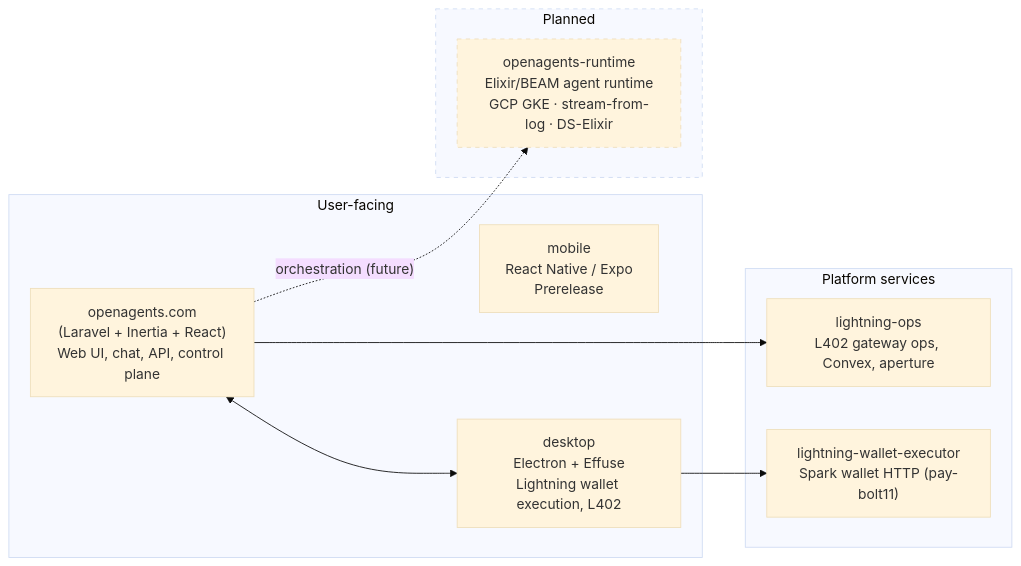
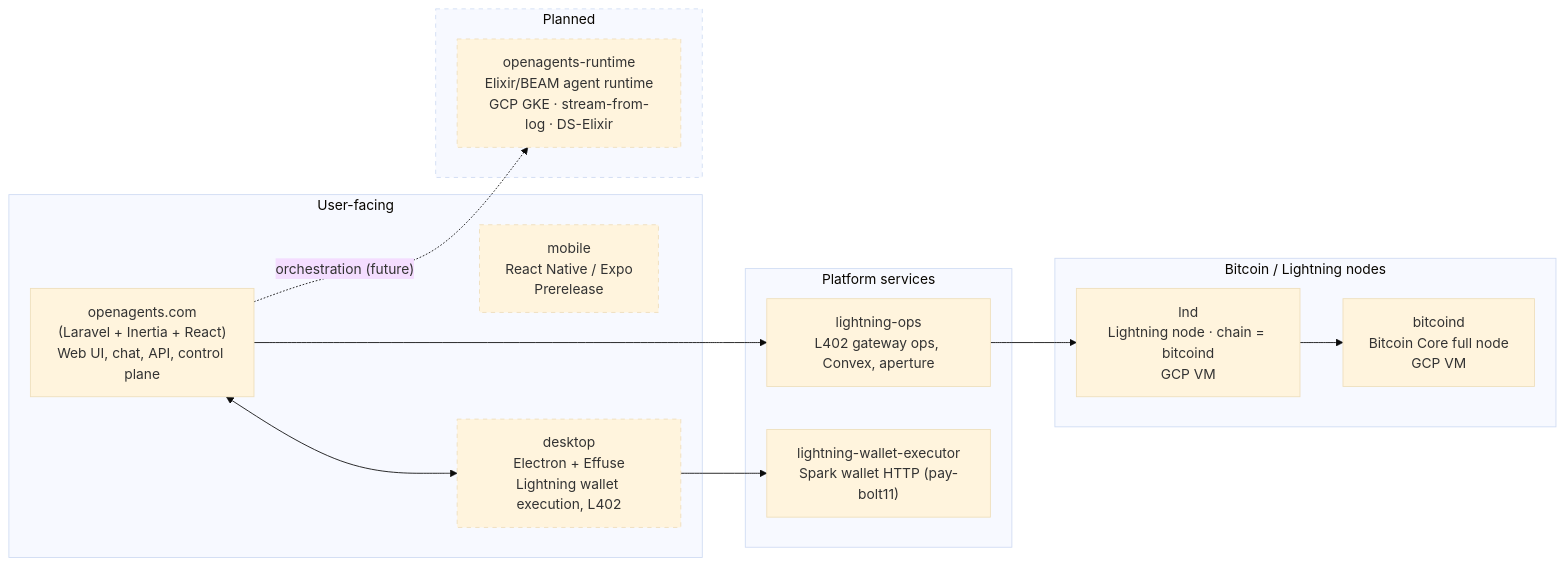
One commit to OpenAgentsInc/openagents changed the diagram in README.md. Above: the diagram before and after it, drawn with Mermaid (base theme). The commit also changed other lines of this file, not shown here.

First line of the commit message:
docs: add Bitcoin/LND to architecture diagram, plain-language Lightning service descriptions

````diff
--- a/README.md
+++ b/README.md
@@ -11,25 +19,34 @@
 ```mermaid
 flowchart LR
   subgraph user["User-facing"]
     web["openagents.com<br/>(Laravel + Inertia + React)<br/>Web UI, chat, API, control plane"]
     mobile["mobile<br/>React Native / Expo<br/>Prerelease"]
     desktop["desktop<br/>Electron + Effuse<br/>Lightning wallet execution, L402"]
   end
 
   subgraph platform["Platform services"]
     ops["lightning-ops<br/>L402 gateway ops, Convex, aperture"]
     executor["lightning-wallet-executor<br/>Spark wallet HTTP (pay-bolt11)"]
   end
 
+  subgraph infra["Bitcoin / Lightning nodes"]
+    bitcoind["bitcoind<br/>Bitcoin Core full node<br/>GCP VM"]
+    lnd["lnd<br/>Lightning node · chain = bitcoind<br/>GCP VM"]
+  end
+
   subgraph planned["Planned"]
     runtime["openagents-runtime<br/>Elixir/BEAM agent runtime<br/>GCP GKE · stream-from-log · DS-Elixir"]
   end
 
   web <--> desktop
   web --> ops
   desktop --> executor
+  ops --> lnd
+  lnd --> bitcoind
   web -.->|"orchestration (future)"| runtime
 
   style runtime stroke-dasharray: 5 5
   style planned stroke-dasharray: 5 5
+  style mobile stroke-dasharray: 5 5
+  style desktop stroke-dasharray: 5 5
 ```
````
